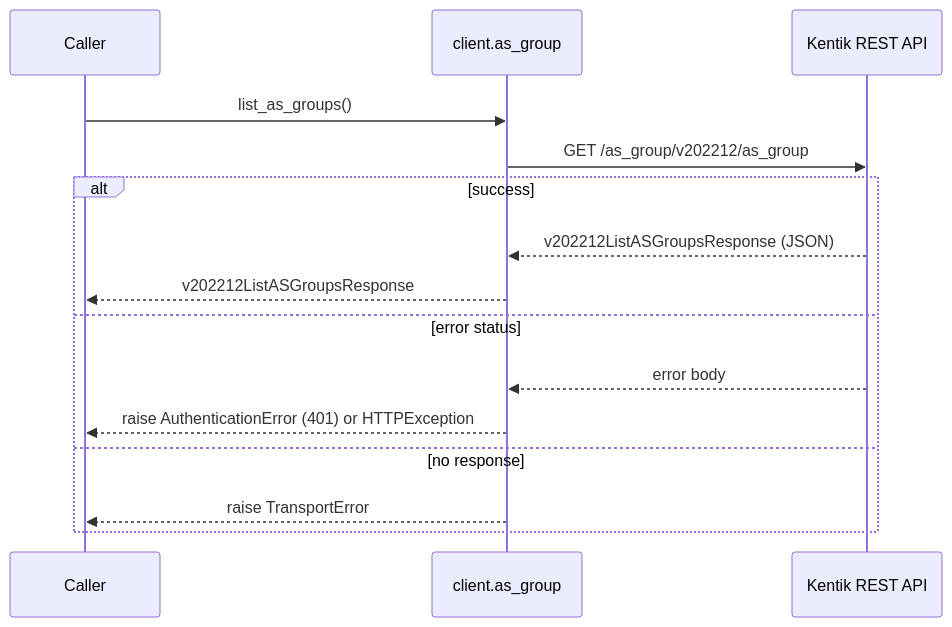
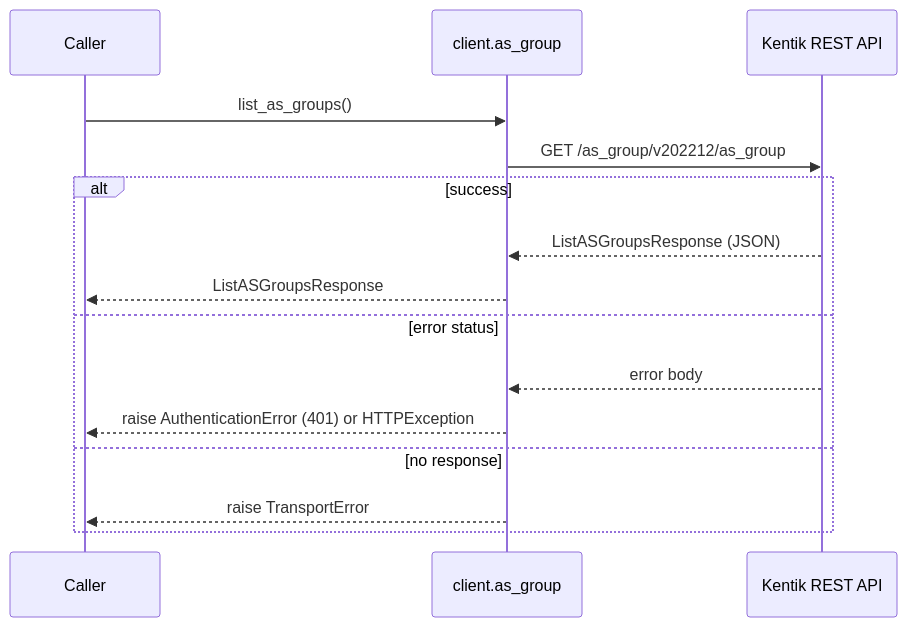
The second of 12 diagrams in docs/sphinx/services/as_group.md (alexdearaujo/community_sdk_python), drawn with Mermaid before and after one commit. The commit also changed other lines of this file and 38 other files, not shown here.

````diff
--- a/docs/sphinx/services/as_group.md
+++ b/docs/sphinx/services/as_group.md
@@ -38,18 +38,18 @@
 ```mermaid
 sequenceDiagram
     participant C as Caller
     participant W as client.as_group
     participant API as Kentik REST API
 
     C->>W: list_as_groups()
     W->>API: GET /as_group/v202212/as_group
     alt success
-        API-->>W: v202212ListASGroupsResponse (JSON)
-        W-->>C: v202212ListASGroupsResponse
+        API-->>W: ListASGroupsResponse (JSON)
+        W-->>C: ListASGroupsResponse
     else error status
         API-->>W: error body
         W-->>C: raise AuthenticationError (401) or HTTPException
     else no response
         W-->>C: raise TransportError
     end
 ```
````
